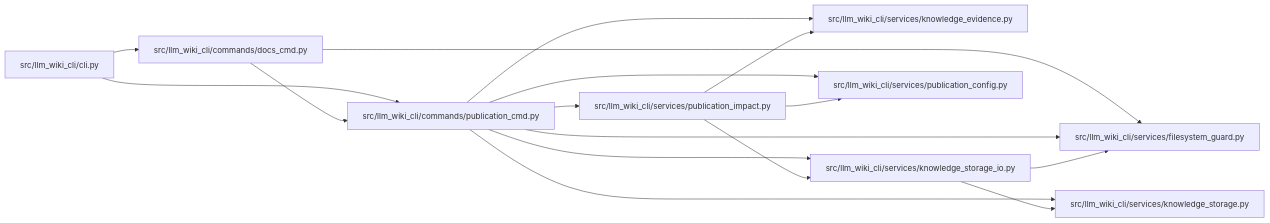
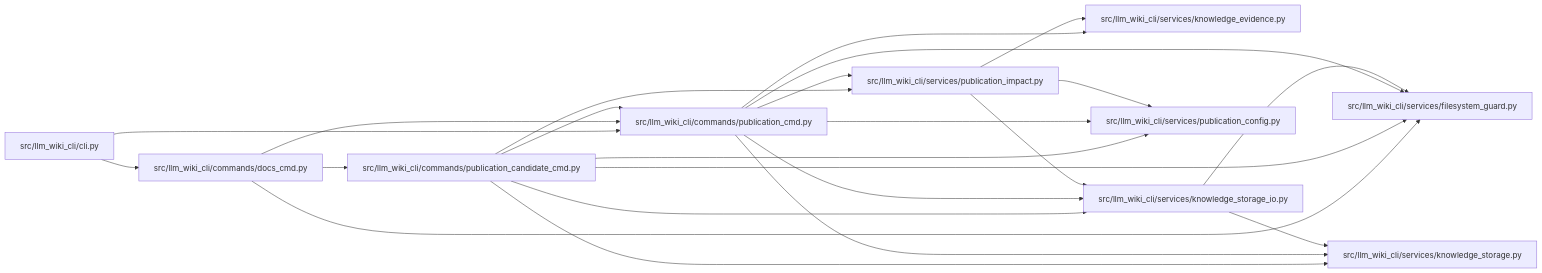
Before and after one commit to Denissvgn/python-wiki-llm: the diagram in docs/llm_wiki/modules/publication_cmd.md, drawn with Mermaid. The commit also changed other lines of this file and 318 other files, not shown here.

````diff
--- a/docs/llm_wiki/modules/publication_cmd.md
+++ b/docs/llm_wiki/modules/publication_cmd.md
@@ -28,36 +28,45 @@
 ```mermaid
 flowchart LR
     n0["src/llm_wiki_cli/cli.py"]
     n1["src/llm_wiki_cli/commands/docs_cmd.py"]
-    n2["src/llm_wiki_cli/commands/publication_cmd.py"]
-    n3["src/llm_wiki_cli/services/filesystem_guard.py"]
-    n4["src/llm_wiki_cli/services/knowledge_evidence.py"]
-    n5["src/llm_wiki_cli/services/knowledge_storage.py"]
-    n6["src/llm_wiki_cli/services/knowledge_storage_io.py"]
-    n7["src/llm_wiki_cli/services/publication_config.py"]
-    n8["src/llm_wiki_cli/services/publication_impact.py"]
+    n2["src/llm_wiki_cli/commands/publication_candidate_cmd.py"]
+    n3["src/llm_wiki_cli/commands/publication_cmd.py"]
+    n4["src/llm_wiki_cli/services/filesystem_guard.py"]
+    n5["src/llm_wiki_cli/services/knowledge_evidence.py"]
+    n6["src/llm_wiki_cli/services/knowledge_storage.py"]
+    n7["src/llm_wiki_cli/services/knowledge_storage_io.py"]
+    n8["src/llm_wiki_cli/services/publication_config.py"]
+    n9["src/llm_wiki_cli/services/publication_impact.py"]
     n0 --> n1
-    n0 --> n2
+    n0 --> n3
     n1 --> n2
     n1 --> n3
+    n1 --> n4
     n2 --> n3
     n2 --> n4
-    n2 --> n5
     n2 --> n6
     n2 --> n7
     n2 --> n8
-    n6 --> n3
-    n6 --> n5
-    n8 --> n4
-    n8 --> n6
-    n8 --> n7
+    n2 --> n9
+    n3 --> n4
+    n3 --> n5
+    n3 --> n6
+    n3 --> n7
+    n3 --> n8
+    n3 --> n9
+    n7 --> n4
+    n7 --> n6
+    n9 --> n5
+    n9 --> n7
+    n9 --> n8
     click n0 "../modules/cli.md"
     click n1 "../modules/docs_cmd.md"
-    click n2 "../modules/publication_cmd.md"
-    click n3 "../modules/filesystem_guard.md"
-    click n4 "../modules/knowledge_evidence.md"
-    click n5 "../modules/knowledge_storage.md"
-    click n6 "../modules/knowledge_storage_io.md"
-    click n7 "../modules/publication_config.md"
-    click n8 "../modules/publication_impact.md"
+    click n2 "../modules/publication_candidate_cmd.md"
+    click n3 "../modules/publication_cmd.md"
+    click n4 "../modules/filesystem_guard.md"
+    click n5 "../modules/knowledge_evidence.md"
+    click n6 "../modules/knowledge_storage.md"
+    click n7 "../modules/knowledge_storage_io.md"
+    click n8 "../modules/publication_config.md"
+    click n9 "../modules/publication_impact.md"
 ```
````
